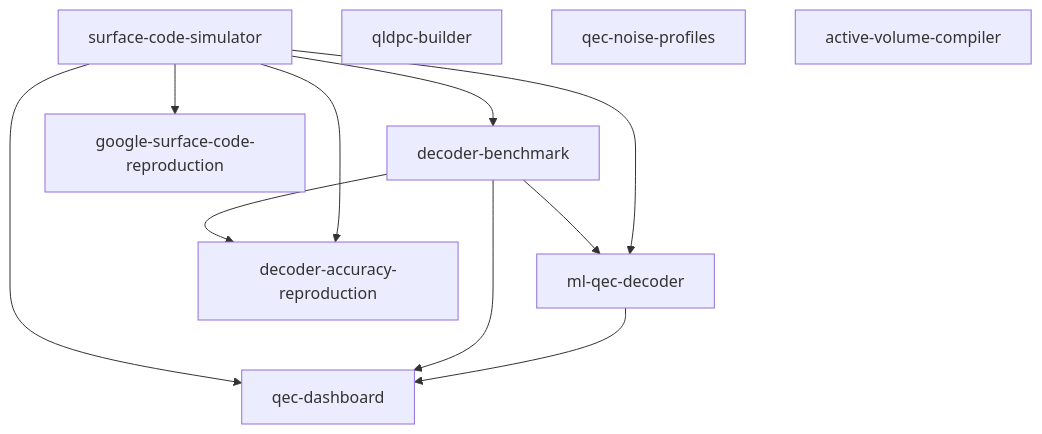
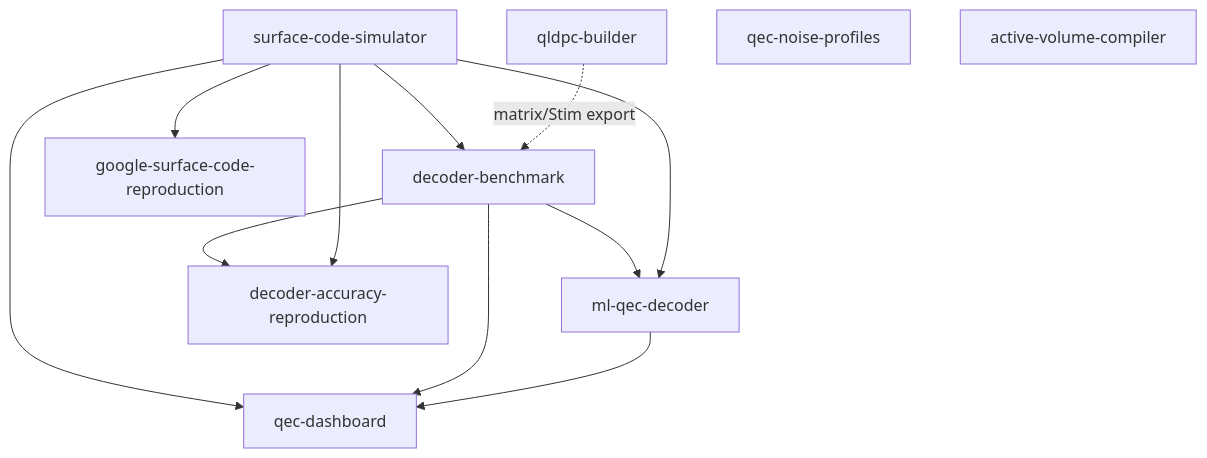
One commit to afogelis/qec-portfolio changed the diagram in README.md. Above: the diagram before and after it, drawn with Mermaid. The commit also changed other lines of this file and 1 other file, not shown here.

First line of the commit message:
Add layered profile README and show qLDPC export edge in dependency graph

````diff
--- a/README.md
+++ b/README.md
@@ -71,15 +71,15 @@
 ```mermaid
 flowchart TD
   P1[surface-code-simulator] --> P2[decoder-benchmark]
   P1 --> P6[google-surface-code-reproduction]
   P2 --> P4[ml-qec-decoder]
   P1 --> P4
   P2 --> P7[decoder-accuracy-reproduction]
   P1 --> P7
   P1 --> P3[qec-dashboard]
   P2 --> P3
   P4 --> P3
-  P8[qldpc-builder]
+  P8[qldpc-builder] -.->|matrix/Stim export| P2
   P9[qec-noise-profiles]
   P10[active-volume-compiler]
 ```
````
